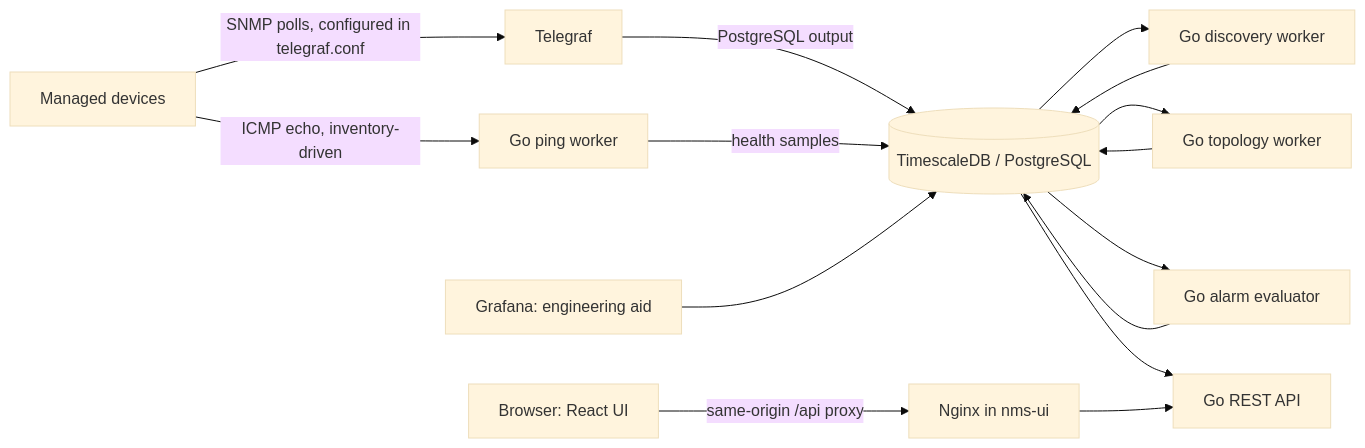
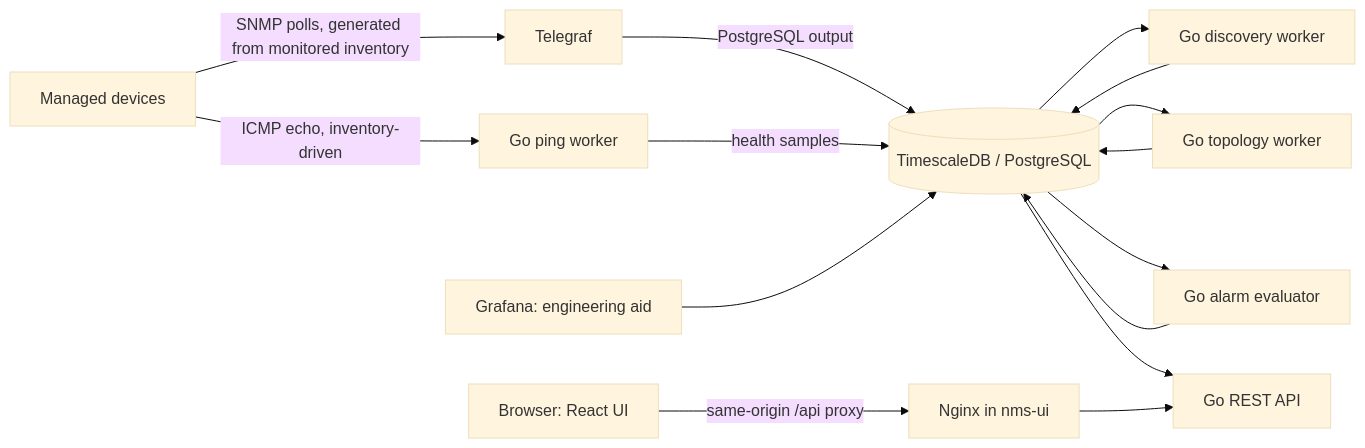
One commit to Code-Crafted-Labs-india/nms changed the diagram in docs/architecture.md. Above: the diagram before and after it, drawn with Mermaid (base theme). The commit also changed other lines of this file and 19 other files, not shown here.

````diff
--- a/docs/architecture.md
+++ b/docs/architecture.md
@@ -11,17 +11,17 @@
 ```mermaid
 flowchart LR
-  D[Managed devices] -->|SNMP polls, configured in telegraf.conf| T[Telegraf]
+  D[Managed devices] -->|SNMP polls, generated from monitored inventory| T[Telegraf]
   D -->|ICMP echo, inventory-driven| P[Go ping worker]
   T -->|PostgreSQL output| DB[(TimescaleDB / PostgreSQL)]
   P -->|health samples| DB
   DB --> DISC[Go discovery worker]
   DB --> TOPO[Go topology worker]
   DB --> AL[Go alarm evaluator]
   DB --> API[Go REST API]
   DISC --> DB
   TOPO --> DB
   AL --> DB
   UI[Browser: React UI] -->|same-origin /api proxy| NG[Nginx in nms-ui]
   NG --> API
   GF[Grafana: engineering aid] --> DB
 ```
````
